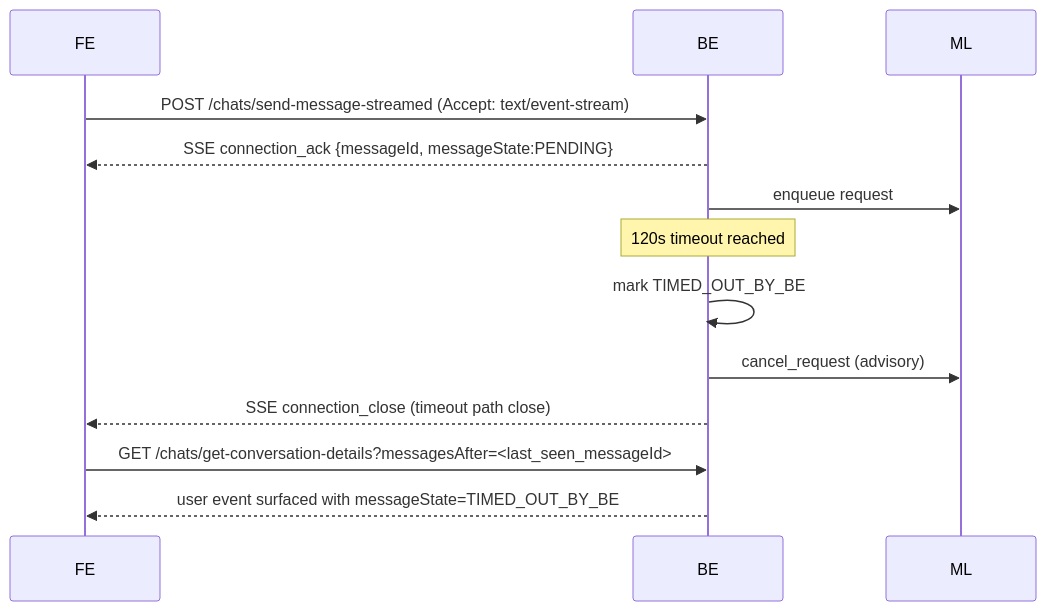
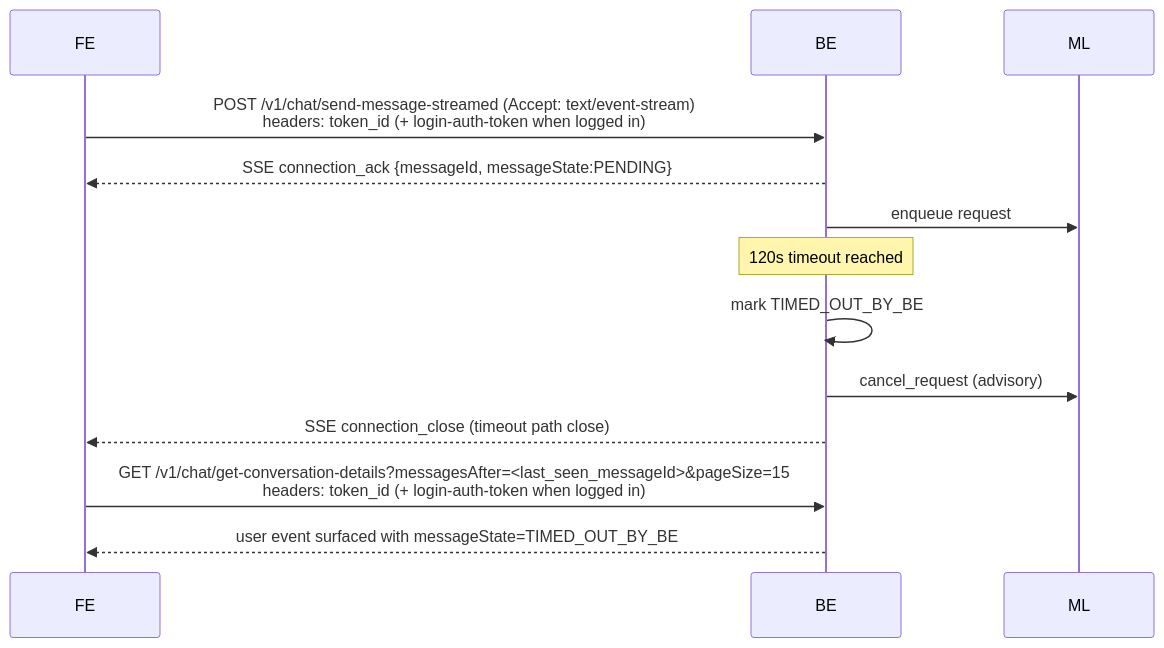
The second of 6 diagrams in chat_v1.md (sachin-hg/chat-demo), drawn with Mermaid before and after one commit. The commit also changed other lines of this file and 42 other files, not shown here.

````diff
--- a/chat_v1.md
+++ b/chat_v1.md
@@ -545,18 +550,18 @@
 ```mermaid
 sequenceDiagram
     participant FE
     participant BE
     participant ML
 
-    FE->>BE: POST /chats/send-message-streamed (Accept: text/event-stream)
+    FE->>BE: POST /v1/chat/send-message-streamed (Accept: text/event-stream)<br/>headers: token_id (+ login-auth-token when logged in)
     BE-->>FE: SSE connection_ack {messageId, messageState:PENDING}
     BE->>ML: enqueue request
 
     Note over BE: 120s timeout reached
     BE->>BE: mark TIMED_OUT_BY_BE
     BE->>ML: cancel_request (advisory)
     BE-->>FE: SSE connection_close (timeout path close)
-    FE->>BE: GET /chats/get-conversation-details?messagesAfter=<last_seen_messageId>
+    FE->>BE: GET /v1/chat/get-conversation-details?messagesAfter=<last_seen_messageId>&pageSize=15<br/>headers: token_id (+ login-auth-token when logged in)
     BE-->>FE: user event surfaced with messageState=TIMED_OUT_BY_BE
 
 ```
````
